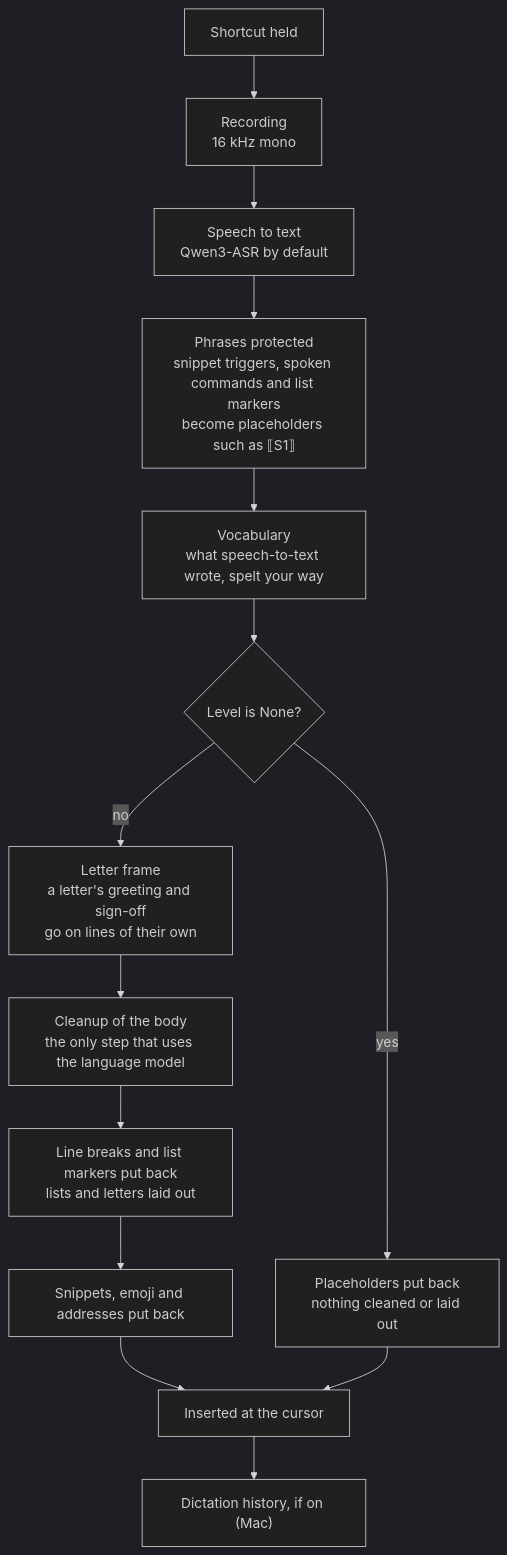
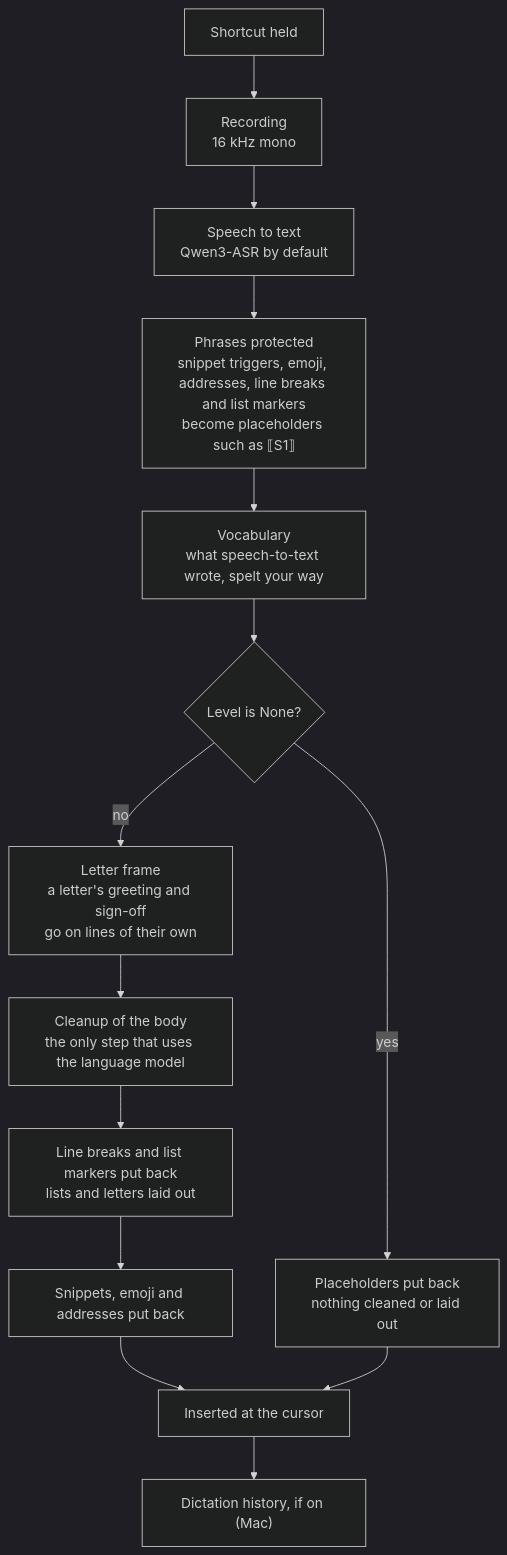
The second of 9 diagrams in docs/architecture.md (Nerdstorm/LiveTranscribe), drawn with Mermaid (dark theme) before and after one commit. The commit also changed other lines of this file and 1 other file, not shown here.

First line of the commit message:
Correct the architecture and releasing guides against the code

````diff
--- a/docs/architecture.md
+++ b/docs/architecture.md
@@ -58,16 +59,16 @@
 ```mermaid
 flowchart TD
     A["Shortcut held"] --> B["Recording<br/>16 kHz mono"]
     B --> C["Speech to text<br/>Qwen3-ASR by default"]
-    C --> D["Phrases protected<br/>snippet triggers, spoken commands and list markers<br/>become placeholders such as ⟦S1⟧"]
+    C --> D["Phrases protected<br/>snippet triggers, emoji, addresses, line breaks and list markers<br/>become placeholders such as ⟦S1⟧"]
     D --> E["Vocabulary<br/>what speech-to-text wrote, spelt your way"]
     E --> F{"Level is None?"}
     F -->|yes| N["Placeholders put back<br/>nothing cleaned or laid out"]
     F -->|no| G["Letter frame<br/>a letter's greeting and sign-off<br/>go on lines of their own"]
     G --> H["Cleanup of the body<br/>the only step that uses the language model"]
     H --> I["Line breaks and list markers put back<br/>lists and letters laid out"]
     I --> J["Snippets, emoji and addresses put back"]
     J --> K["Inserted at the cursor"]
     N --> K
     K --> L["Dictation history, if on (Mac)"]
 ```
````
